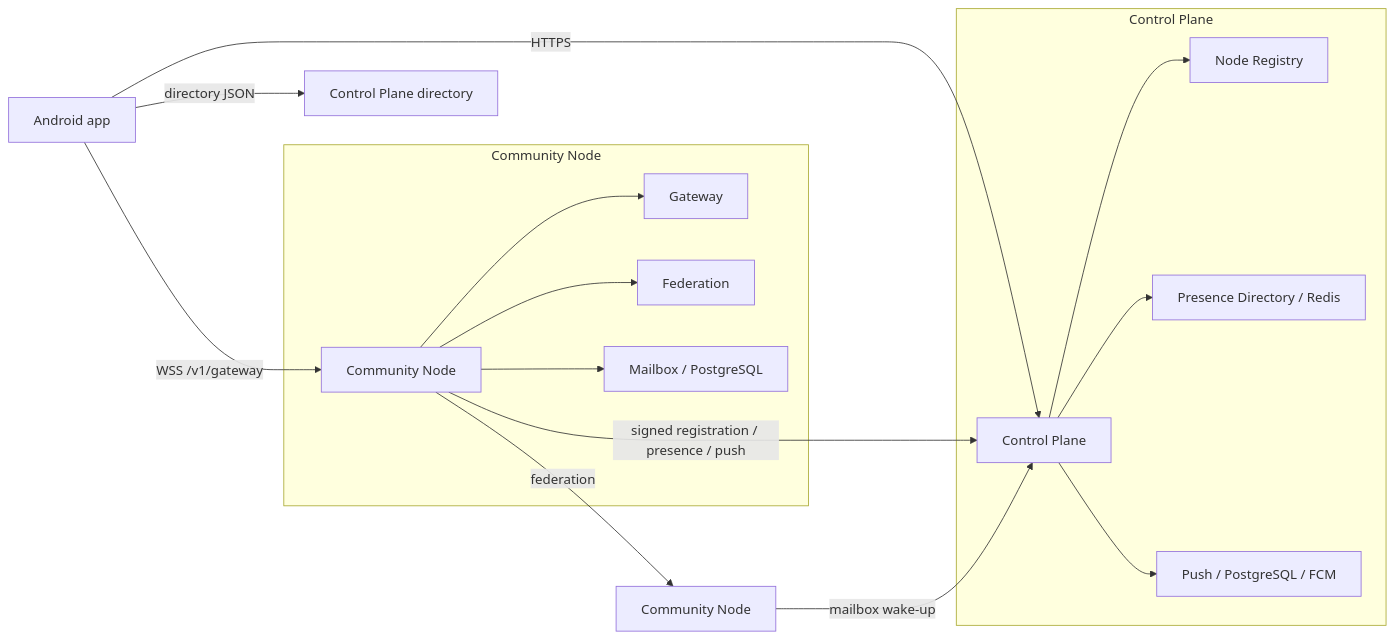
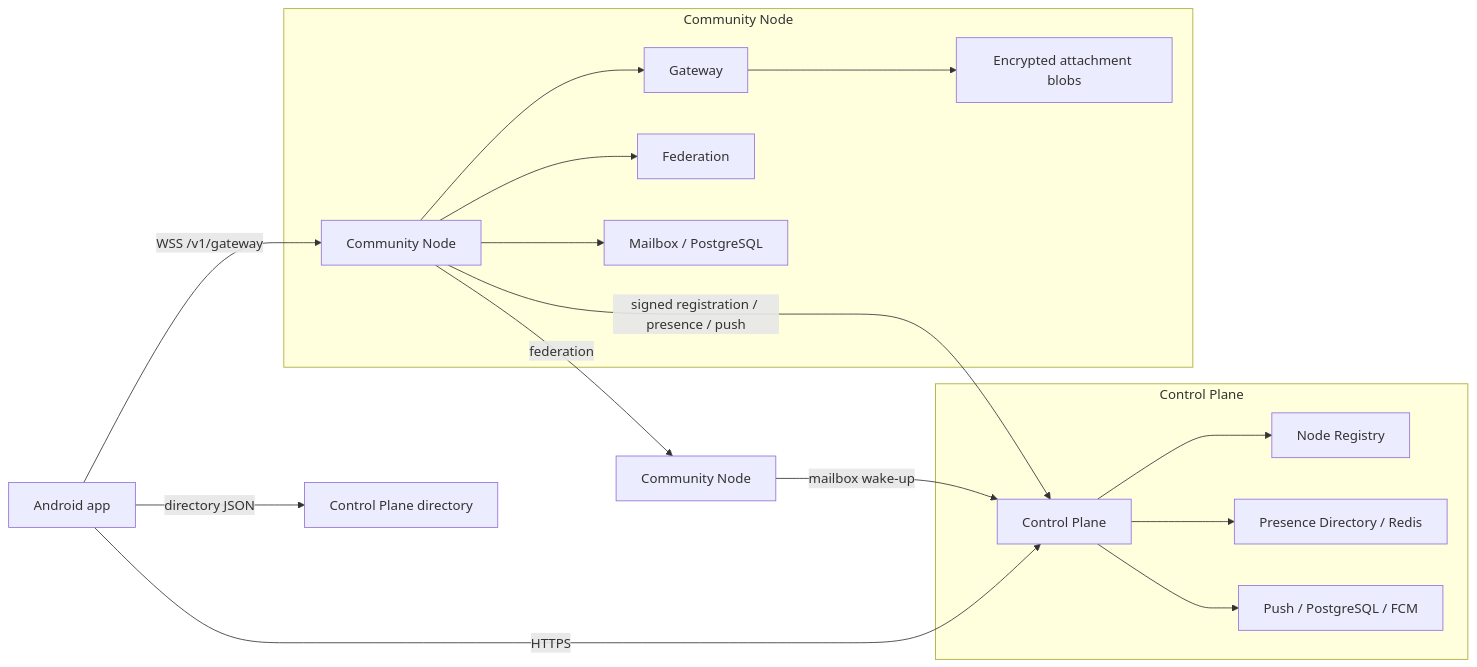
The diagram in README.md (cbgm/Sparrow), drawn with Mermaid before and after one commit. The commit also changed other lines of this file and 70 other files, not shown here.

````diff
--- a/README.md
+++ b/README.md
@@ -70,21 +73,22 @@
 ```mermaid
 flowchart LR
     A[Android app] -->|directory JSON| D[Control Plane directory]
     A -->|HTTPS| CP[Control Plane]
     A -->|WSS /v1/gateway| N1[Community Node]
     N1 -->|signed registration / presence / push| CP
     N1 -->|federation| N2[Community Node]
     N2 -->|mailbox wake-up| CP
 
     subgraph Control Plane
         CP --> R[Node Registry]
         CP --> P[Presence Directory / Redis]
         CP --> PU[Push / PostgreSQL / FCM]
     end
 
     subgraph Community Node
         N1 --> G[Gateway]
+        G --> B[Encrypted attachment blobs]
         N1 --> F[Federation]
         N1 --> M[Mailbox / PostgreSQL]
     end
 ```
````
